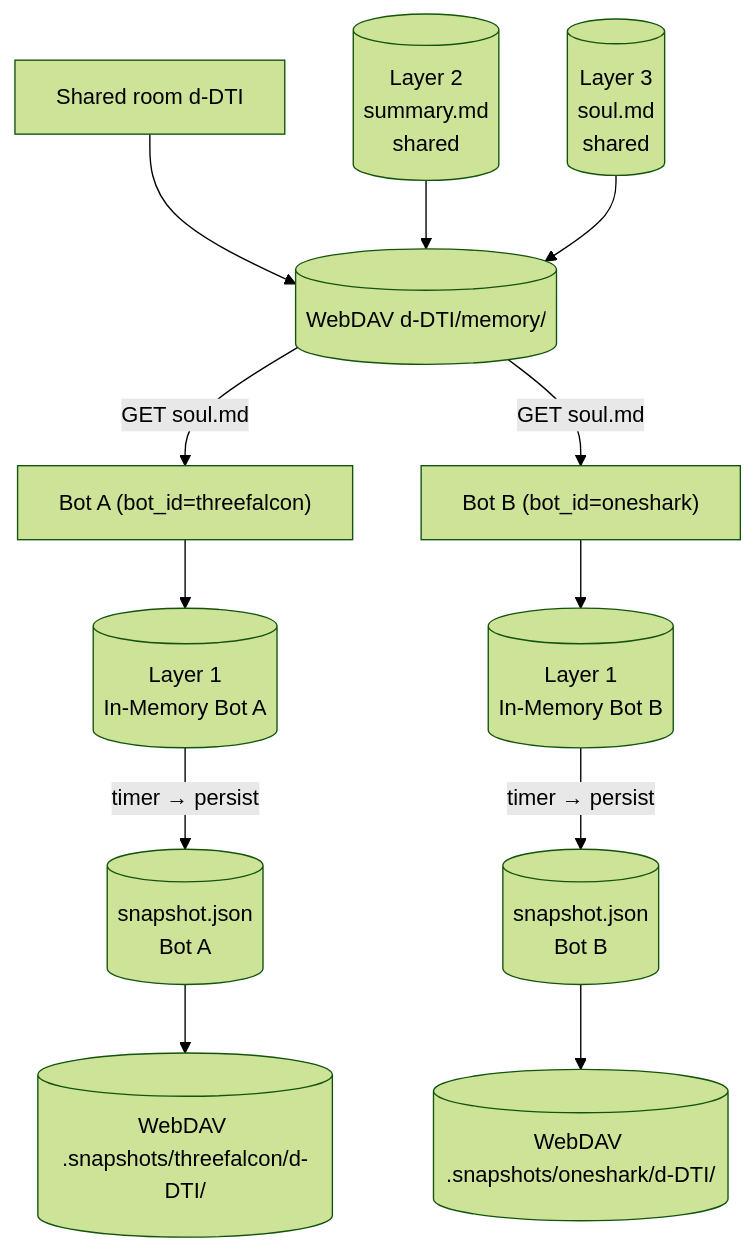
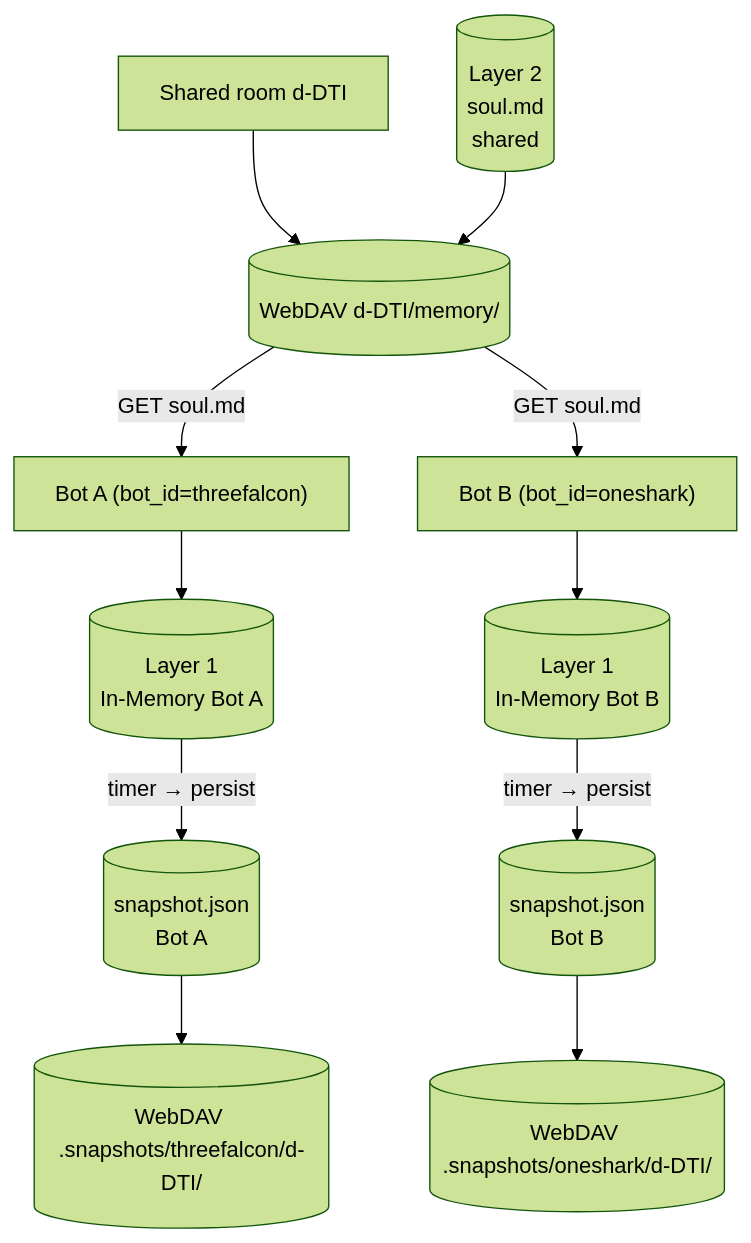
Before and after one commit to cosmoswafer/rockbot: the sixth of 6 diagrams in _dfd/memory/memory.md, drawn with Mermaid (forest theme). The commit also changed other lines of this file and 19 other files, not shown here.

````diff
--- a/_dfd/memory/memory.md
+++ b/_dfd/memory/memory.md
@@ -225,27 +209,25 @@
 ```mermaid
 flowchart TD
     BOT_A["Bot A (bot_id=threefalcon)"]
     BOT_B["Bot B (bot_id=oneshark)"]
     ROOM["Shared room d-DTI"]
     DAV_ROOM[(WebDAV d-DTI/memory/)]
     DAV_SNAP_A[(WebDAV .snapshots/threefalcon/d-DTI/)]
     DAV_SNAP_B[(WebDAV .snapshots/oneshark/d-DTI/)]
     L1_A[(Layer 1<br/>In-Memory Bot A)]
     L1_B[(Layer 1<br/>In-Memory Bot B)]
     SNAP_A[(snapshot.json<br/>Bot A)]
     SNAP_B[(snapshot.json<br/>Bot B)]
-    L2[(Layer 2<br/>summary.md<br/>shared)]
-    L3[(Layer 3<br/>soul.md<br/>shared)]
+    L2[(Layer 2<br/>soul.md<br/>shared)]
 
     BOT_A --> L1_A
     BOT_B --> L1_B
     ROOM --> DAV_ROOM
     L1_A -->|"timer → persist"| SNAP_A
     L1_B -->|"timer → persist"| SNAP_B
     SNAP_A --> DAV_SNAP_A
     SNAP_B --> DAV_SNAP_B
     L2 --> DAV_ROOM
-    L3 --> DAV_ROOM
     DAV_ROOM -->|"GET soul.md"| BOT_A
     DAV_ROOM -->|"GET soul.md"| BOT_B
 ```
````
